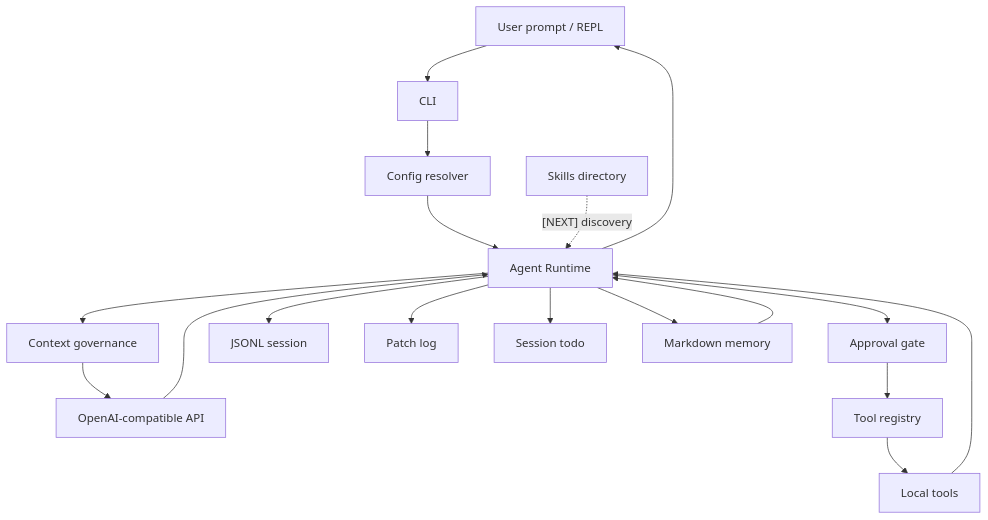
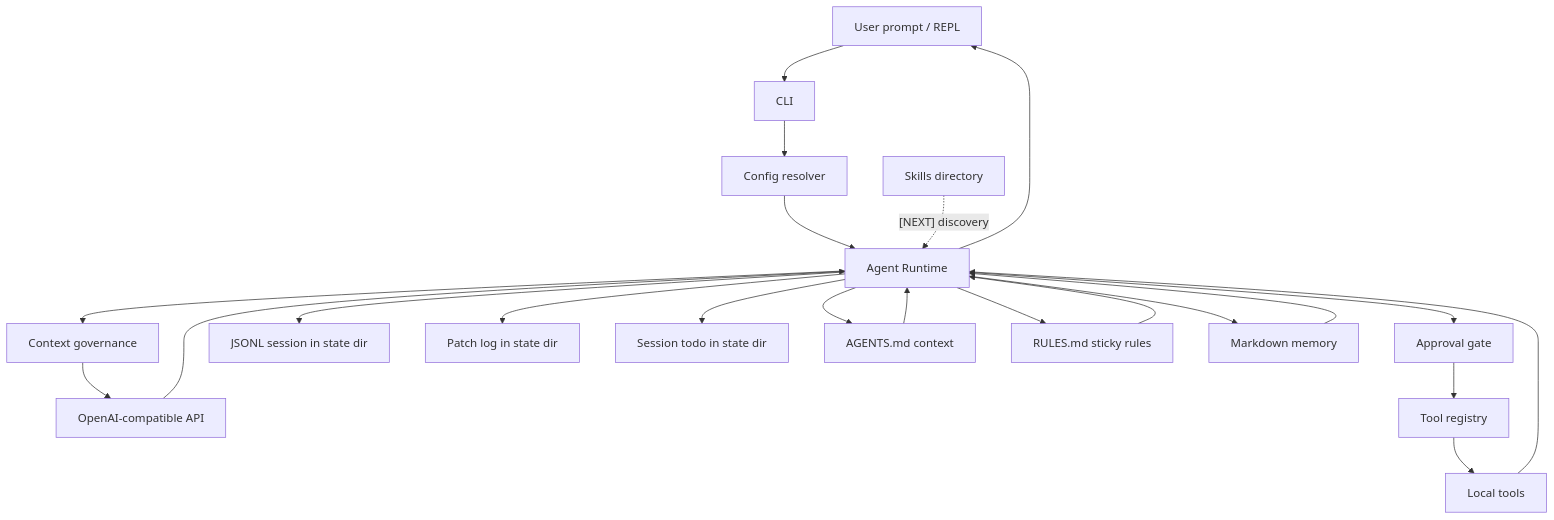
The diagram in docs/architecture.md (noone6931/lca-private-handoff-20260803), drawn with Mermaid before and after one commit. The commit also changed other lines of this file and 18 other files, not shown here.

````diff
--- a/docs/architecture.md
+++ b/docs/architecture.md
@@ -56,20 +57,24 @@
 ```mermaid
 flowchart TD
   U["User prompt / REPL"] --> CLI["CLI"]
   CLI --> CFG["Config resolver"]
   CFG --> RT["Agent Runtime"]
   RT --> CTX["Context governance"]
   CTX --> LLM["OpenAI-compatible API"]
   LLM --> RT
   RT --> APR["Approval gate"]
   APR --> REG["Tool registry"]
   REG --> TOOLS["Local tools"]
   TOOLS --> RT
-  RT --> SESS["JSONL session"]
-  RT --> PATCH["Patch log"]
-  RT --> TODO["Session todo"]
+  RT --> SESS["JSONL session in state dir"]
+  RT --> PATCH["Patch log in state dir"]
+  RT --> TODO["Session todo in state dir"]
+  RT --> CTFILE["AGENTS.md context"]
+  RT --> RULES["RULES.md sticky rules"]
   RT --> MEM["Markdown memory"]
+  CTFILE --> RT
+  RULES --> RT
   MEM --> RT
   SKILL["Skills directory"] -. "[NEXT] discovery" .-> RT
   RT --> U
 ```
````
